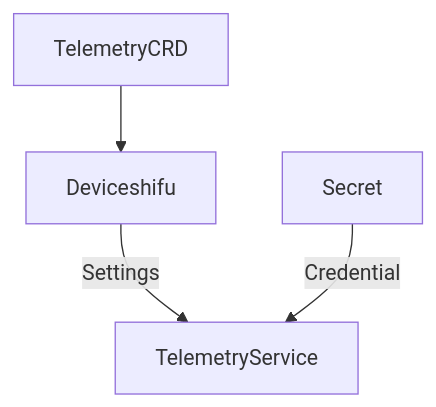
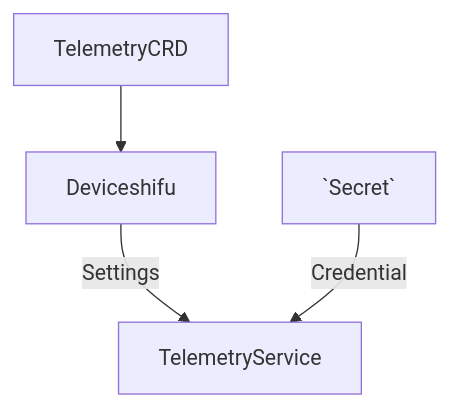
One commit to Edgenesis/shifu changed the second of 2 diagrams in docs/design/shifu-framework/telemetry-secret.md. Above: the diagram before and after it, drawn with Mermaid. The commit also changed other lines of this file, not shown here.

````diff
--- a/docs/design/shifu-framework/telemetry-secret.md
+++ b/docs/design/shifu-framework/telemetry-secret.md
@@ -32,6 +32,6 @@
 ```mermaid
 graph TD;
 TelemetryCRD --> Deviceshifu
 Deviceshifu -->|Settings| TelemetryService
-Secret -->|Credential| TelemetryService
+`Secret` -->|Credential| TelemetryService
 ```
````
